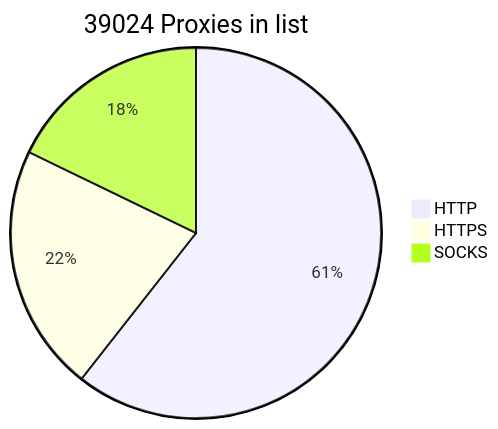
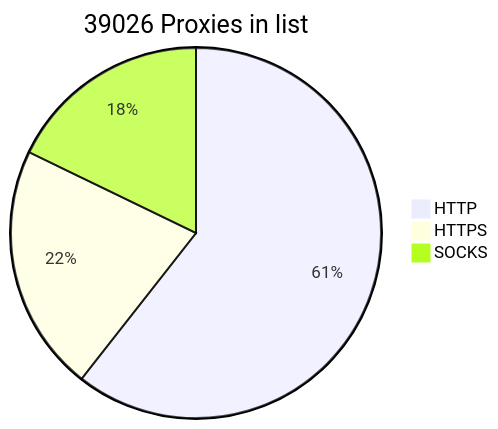
The diagram in README.md (BlackSnowDot/proxylist-update-every-minute), drawn with Mermaid before and after one commit.

````diff
--- a/README.md
+++ b/README.md
@@ -2,6 +2,6 @@
 ```mermaid
-pie title 39024 Proxies in list
+pie title 39026 Proxies in list
     "HTTP" : 27637
-    "HTTPS": 9844
+    "HTTPS": 9846
     "SOCKS" : 8130
 ```
````
